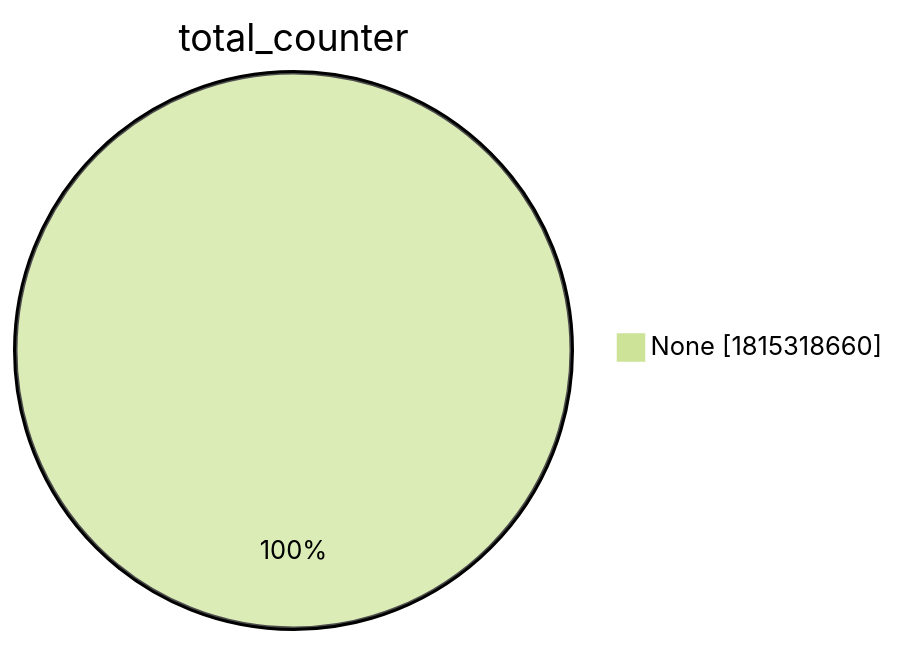
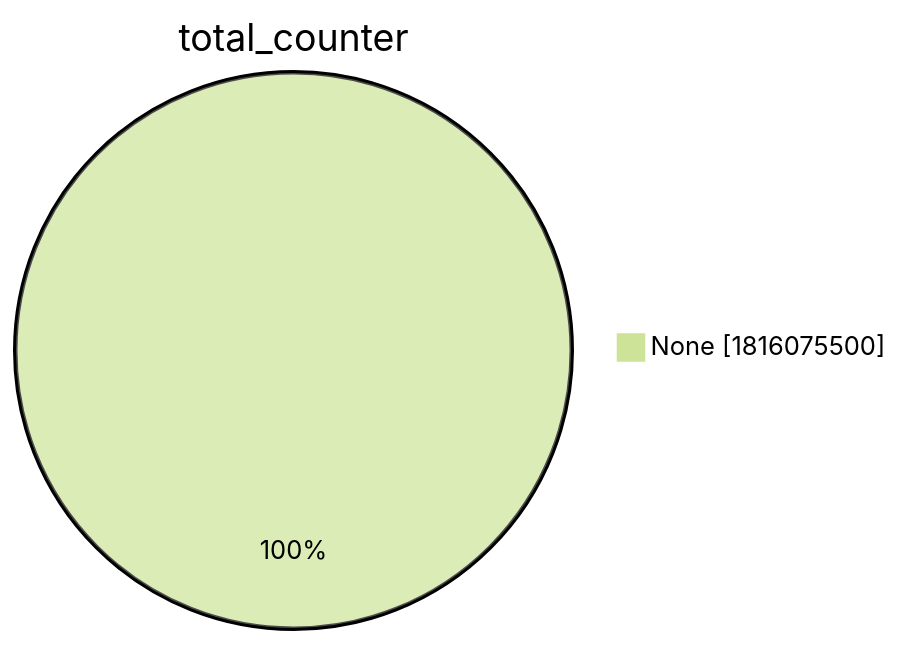
Before and after one commit to christiankrug/ctmonitor_visualization: the second of 15 diagrams in xenon2022/README.md, drawn with Mermaid (forest theme). The commit also changed other lines of this file, not shown here.

````diff
--- a/xenon2022/README.md
+++ b/xenon2022/README.md
@@ -9,5 +9,5 @@
 ```mermaid
 pie showData
 title total_counter
-"None" :1815318660
+"None" :1816075500
 ```
````
